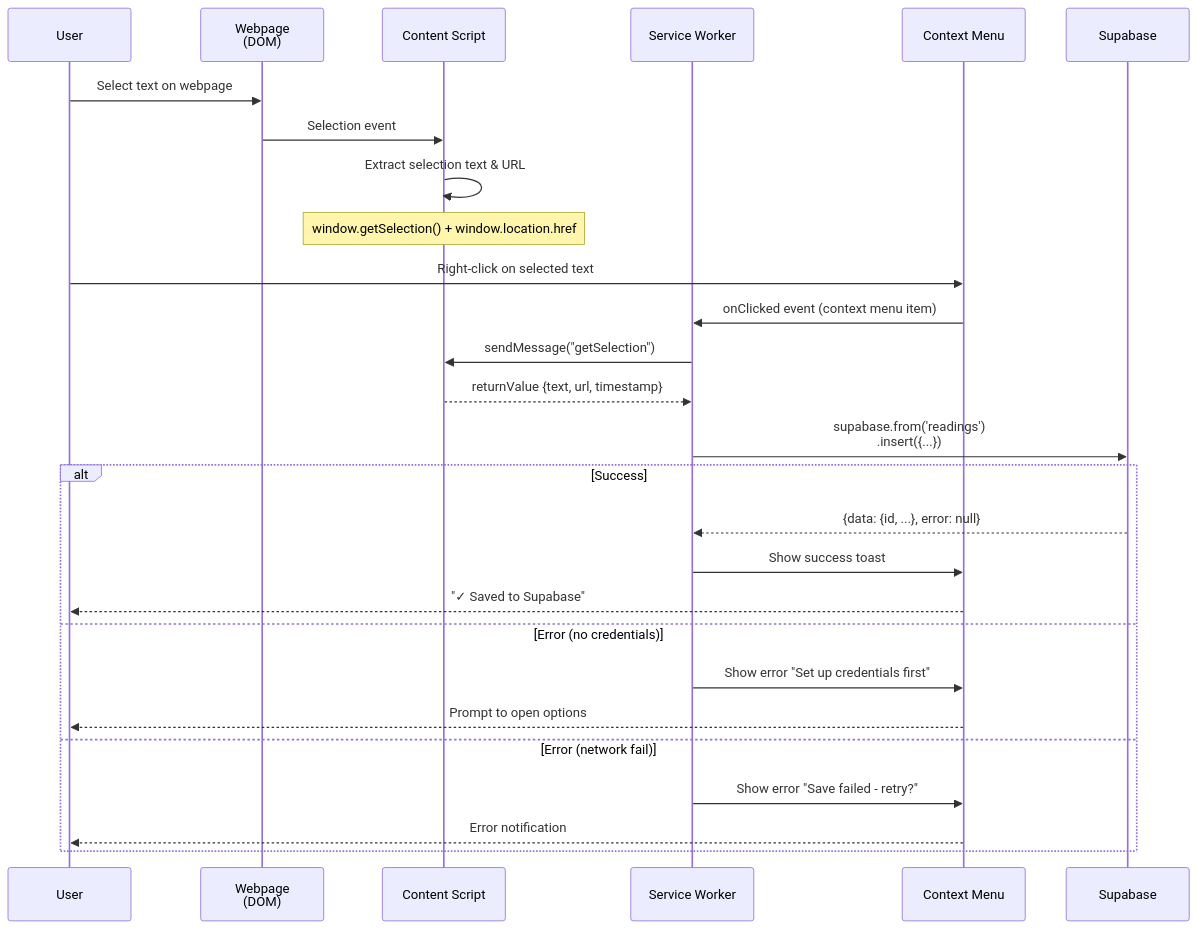
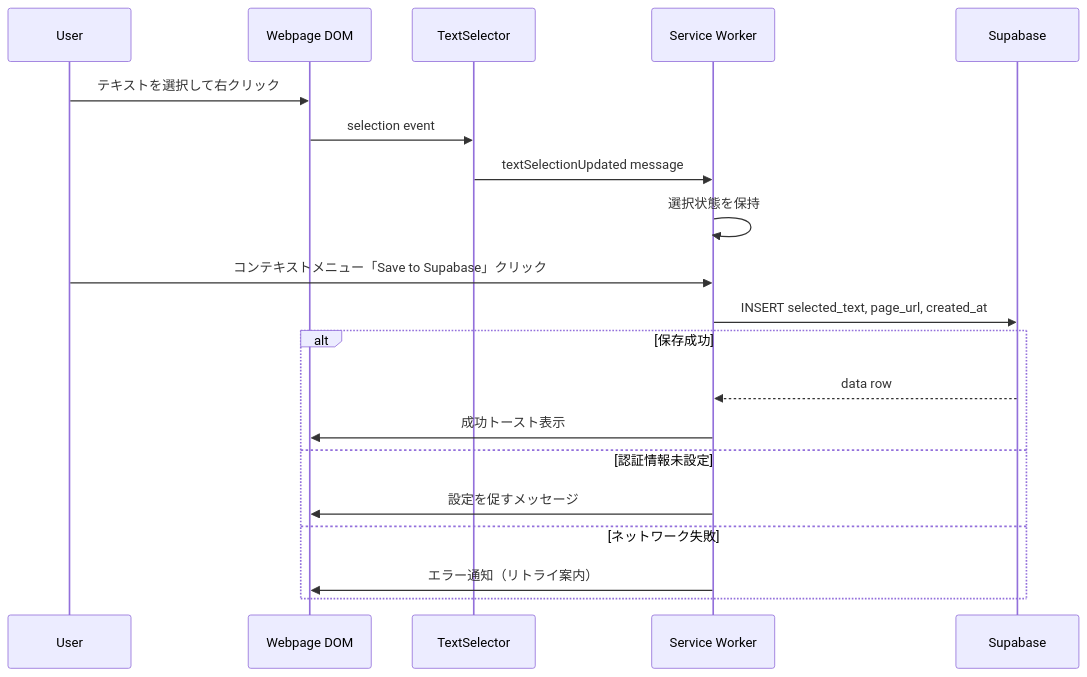
The second of 3 diagrams in .kiro/specs/reading-support/design.md (ryu-sato/reading-web-supporter), drawn with Mermaid before and after one commit. The commit also changed other lines of this file and 2 other files, not shown here.

````diff
--- a/.kiro/specs/reading-support/design.md
+++ b/.kiro/specs/reading-support/design.md
@@ -193,33 +200,25 @@
 ```mermaid
 sequenceDiagram
     participant User
-    participant Page as Webpage<br/>(DOM)
-    participant CS as Content Script
+    participant Page as Webpage DOM
+    participant CS as TextSelector
     participant SW as Service Worker
-    participant Menu as Context Menu
     participant SB as Supabase
 
-    User->>Page: Select text on webpage
-    Page->>CS: Selection event
-    CS->>CS: Extract selection text & URL
-    Note over CS: window.getSelection() + window.location.href
+    User->>Page: テキストを選択して右クリック
+    Page->>CS: selection event
+    CS->>SW: textSelectionUpdated message
+    SW->>SW: 選択状態を保持
 
-    User->>Menu: Right-click on selected text
-    Menu->>SW: onClicked event (context menu item)
-    SW->>CS: sendMessage("getSelection")
-    CS-->>SW: returnValue {text, url, timestamp}
-    
-    SW->>SB: supabase.from('readings')<br/>.insert({...})
-    
-    alt Success
-        SB-->>SW: {data: {id, ...}, error: null}
-        SW->>Menu: Show success toast
-        Menu-->>User: "✓ Saved to Supabase"
-    else Error (no credentials)
-        SW->>Menu: Show error "Set up credentials first"
-        Menu-->>User: Prompt to open options
-    else Error (network fail)
-        SW->>Menu: Show error "Save failed - retry?"
-        Menu-->>User: Error notification
+    User->>SW: コンテキストメニュー「Save to Supabase」クリック
+    SW->>SB: INSERT selected_text, page_url, created_at
+
+    alt 保存成功
+        SB-->>SW: data row
+        SW->>Page: 成功トースト表示
+    else 認証情報未設定
+        SW->>Page: 設定を促すメッセージ
+    else ネットワーク失敗
+        SW->>Page: エラー通知（リトライ案内）
     end
 ```
````
